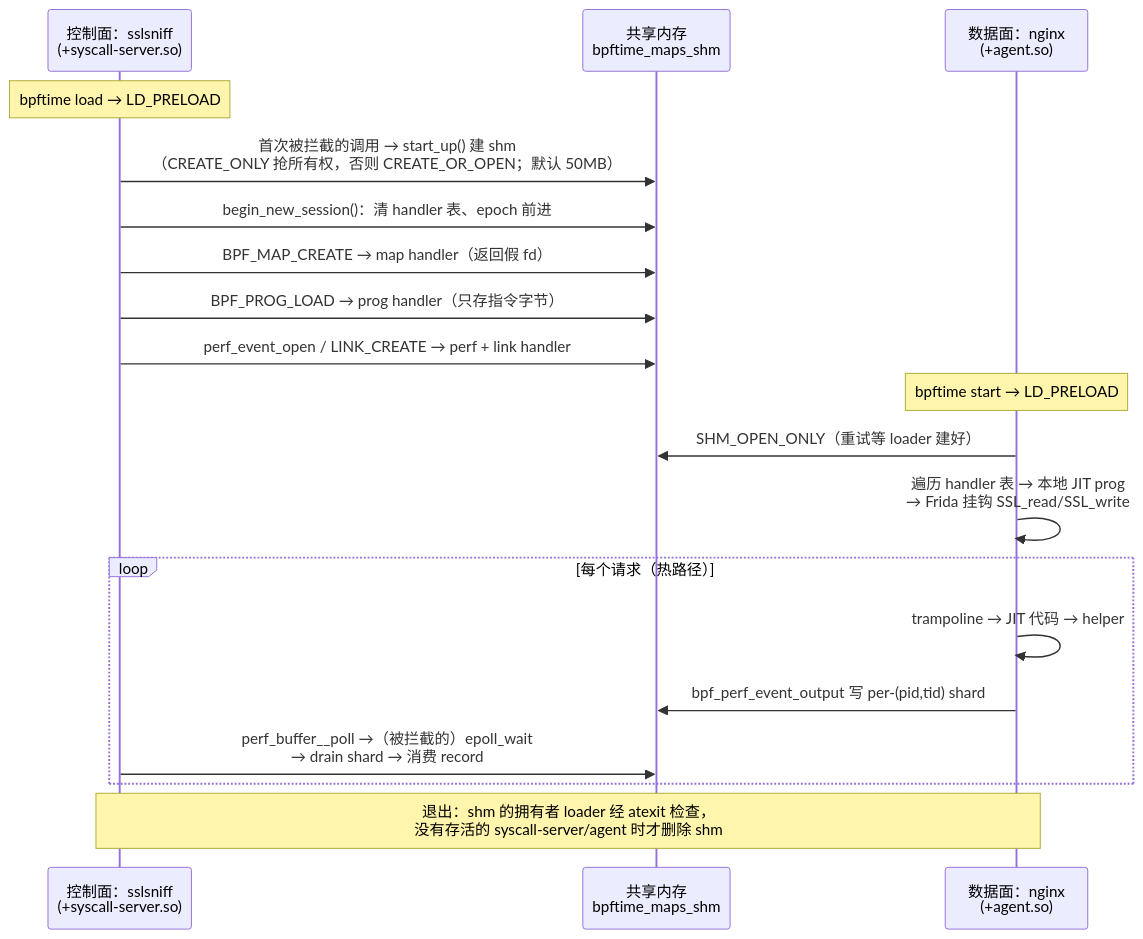
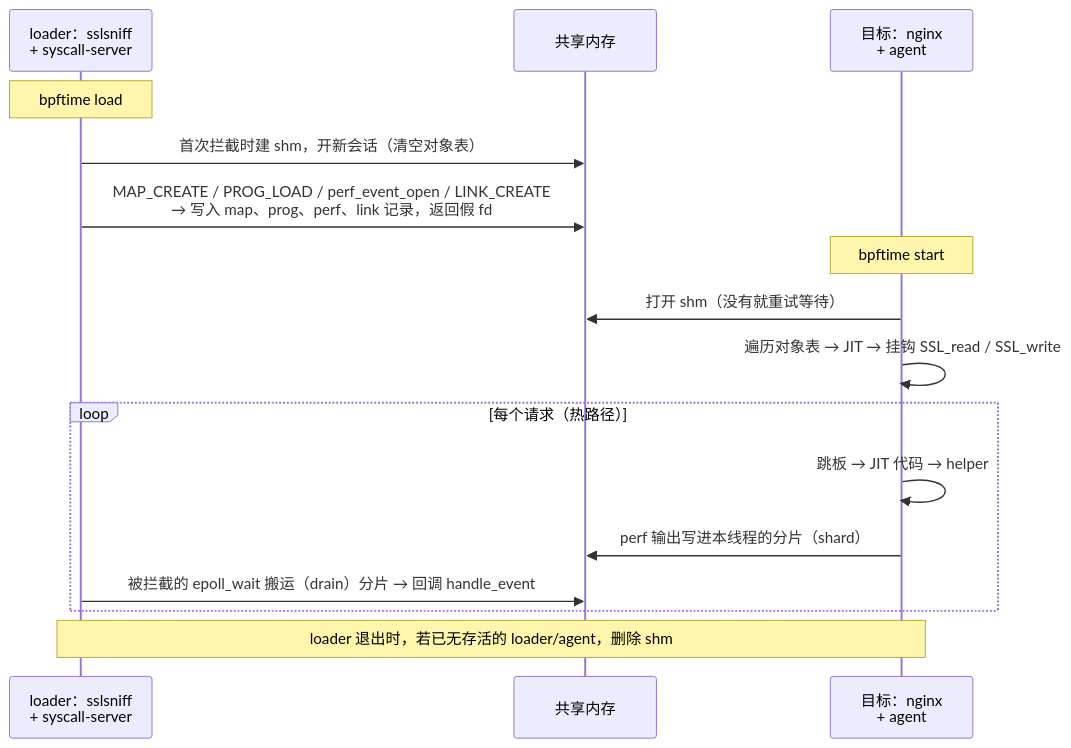
One commit to plsy1/bpftime-benchmark changed the third of 3 diagrams in 00-architecture.md. Above: the diagram before and after it, drawn with Mermaid. The commit also changed other lines of this file and 10 other files, not shown here.

````diff
--- a/00-architecture.md
+++ b/00-architecture.md
@@ -143,21 +253,18 @@
 ```mermaid
 sequenceDiagram
-    participant L as 控制面：sslsniff<br/>(+syscall-server.so)
-    participant S as 共享内存<br/>bpftime_maps_shm
-    participant T as 数据面：nginx<br/>(+agent.so)
-    Note over L: bpftime load → LD_PRELOAD
-    L->>S: 首次被拦截的调用 → start_up() 建 shm<br/>（CREATE_ONLY 抢所有权，否则 CREATE_OR_OPEN；默认 50MB）
-    L->>S: begin_new_session()：清 handler 表、epoch 前进
-    L->>S: BPF_MAP_CREATE → map handler（返回假 fd）
-    L->>S: BPF_PROG_LOAD → prog handler（只存指令字节）
-    L->>S: perf_event_open / LINK_CREATE → perf + link handler
-    Note over T: bpftime start → LD_PRELOAD
-    T->>S: SHM_OPEN_ONLY（重试等 loader 建好）
-    T->>T: 遍历 handler 表 → 本地 JIT prog<br/>→ Frida 挂钩 SSL_read/SSL_write
+    participant L as loader：sslsniff<br/>+ syscall-server
+    participant S as 共享内存
+    participant T as 目标：nginx<br/>+ agent
+    Note over L: bpftime load
+    L->>S: 首次拦截时建 shm，开新会话（清空对象表）
+    L->>S: MAP_CREATE / PROG_LOAD / perf_event_open / LINK_CREATE<br/>→ 写入 map、prog、perf、link 记录，返回假 fd
+    Note over T: bpftime start
+    T->>S: 打开 shm（没有就重试等待）
+    T->>T: 遍历对象表 → JIT → 挂钩 SSL_read / SSL_write
     loop 每个请求（热路径）
-        T->>T: trampoline → JIT 代码 → helper
-        T->>S: bpf_perf_event_output 写 per-(pid,tid) shard
-        L->>S: perf_buffer__poll →（被拦截的）epoll_wait<br/>→ drain shard → 消费 record
+        T->>T: 跳板 → JIT 代码 → helper
+        T->>S: perf 输出写进本线程的分片（shard）
+        L->>S: 被拦截的 epoll_wait 搬运（drain）分片 → 回调 handle_event
     end
-    Note over L,T: 退出：shm 的拥有者 loader 经 atexit 检查，<br/>没有存活的 syscall-server/agent 时才删除 shm
+    Note over L,T: loader 退出时，若已无存活的 loader/agent，删除 shm
 ```
````
